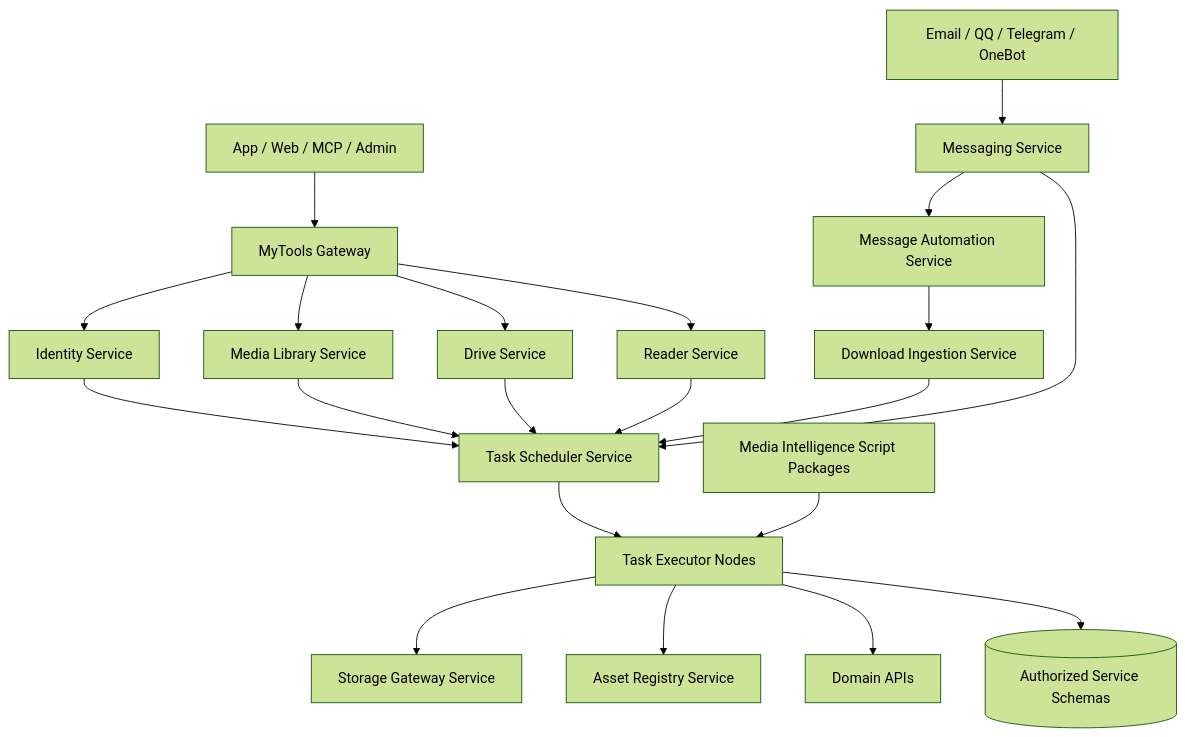
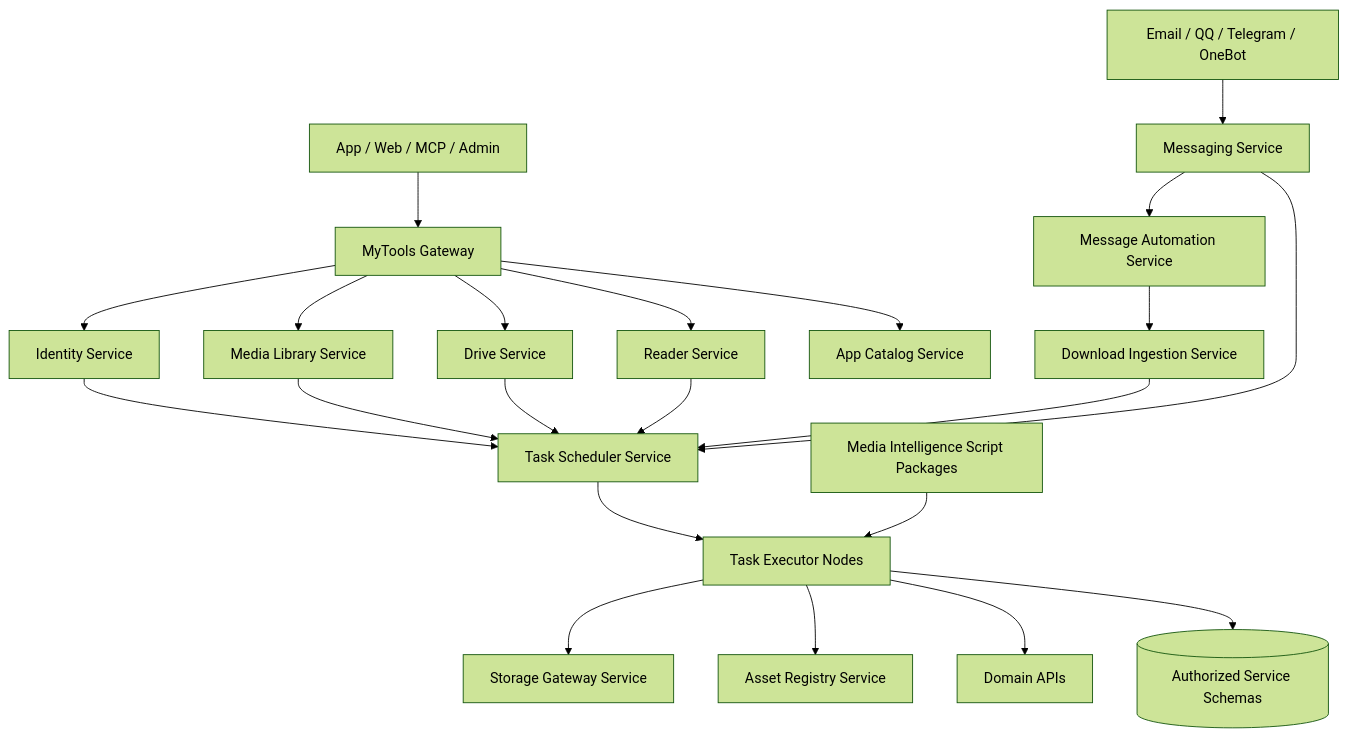
One commit to panjiankang1992-sudo/MyTools changed the diagram in service/design/00-overall-architecture.md. Above: the diagram before and after it, drawn with Mermaid (forest theme). The commit also changed other lines of this file and 19 other files, not shown here.

Commit message:
feat(catalog): preserve legacy app metadata

````diff
--- a/service/design/00-overall-architecture.md
+++ b/service/design/00-overall-architecture.md
@@ -9,23 +9,24 @@
 ```mermaid
 flowchart TB
     C[App / Web / MCP / Admin] --> G[MyTools Gateway]
     CH[Email / QQ / Telegram / OneBot] --> M[Messaging Service]
     G --> I[Identity Service]
     G --> ML[Media Library Service]
     G --> D[Drive Service]
     G --> R[Reader Service]
+    G --> AC[App Catalog Service]
     M --> A[Message Automation Service]
     A --> DI[Download Ingestion Service]
     I --> TS[Task Scheduler Service]
     M --> TS
     DI --> TS
     ML --> TS
     D --> TS
     R --> TS
     TS --> TE[Task Executor Nodes]
     TE --> SG[Storage Gateway Service]
     TE --> AR[Asset Registry Service]
     TE --> API[Domain APIs]
     TE --> DB[(Authorized Service Schemas)]
     MI[Media Intelligence Script Packages] --> TE
 ```
````
